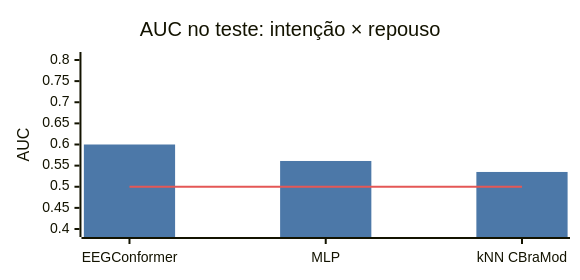
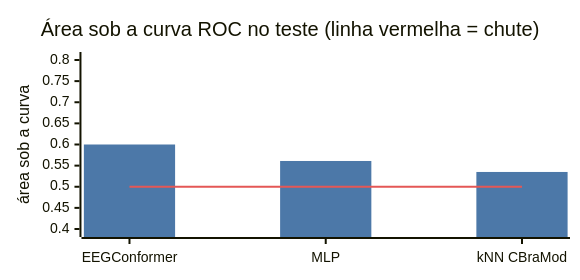
The tenth of 10 diagrams in README.md (kafb04/data-engineering-multimodal-ai), drawn with Mermaid before and after one commit. The commit also changed other lines of this file, not shown here.

````diff
--- a/README.md
+++ b/README.md
@@ -249,17 +336,17 @@
 ```mermaid
 ---
 config:
   xyChart:
     width: 560
     height: 260
   themeVariables:
     xyChart:
       plotColorPalette: "#4C78A8, #E45756"
 ---
 xychart-beta
-    title "AUC no teste: intenção × repouso"
+    title "Área sob a curva ROC no teste (linha vermelha = chute)"
     x-axis ["EEGConformer", "MLP", "kNN CBraMod"]
-    y-axis "AUC" 0.4 --> 0.8
+    y-axis "área sob a curva" 0.4 --> 0.8
     bar [0.600, 0.561, 0.535]
     line [0.5, 0.5, 0.5]
 ```
````
